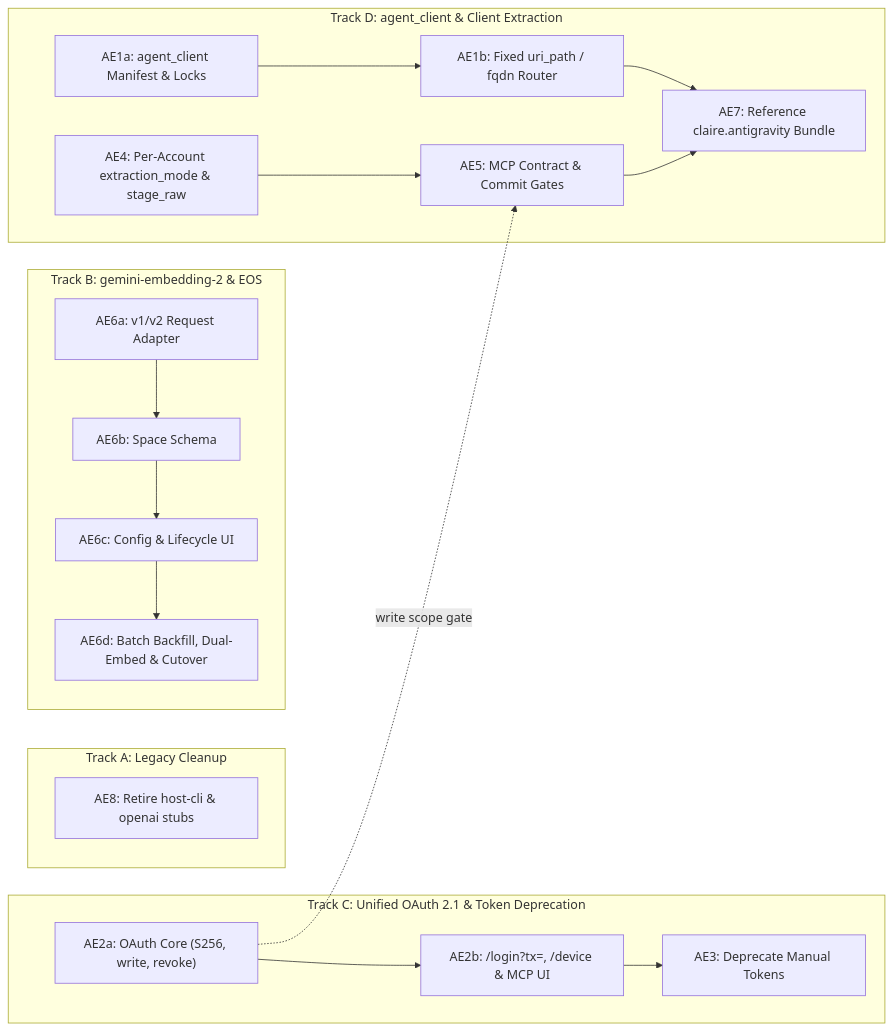
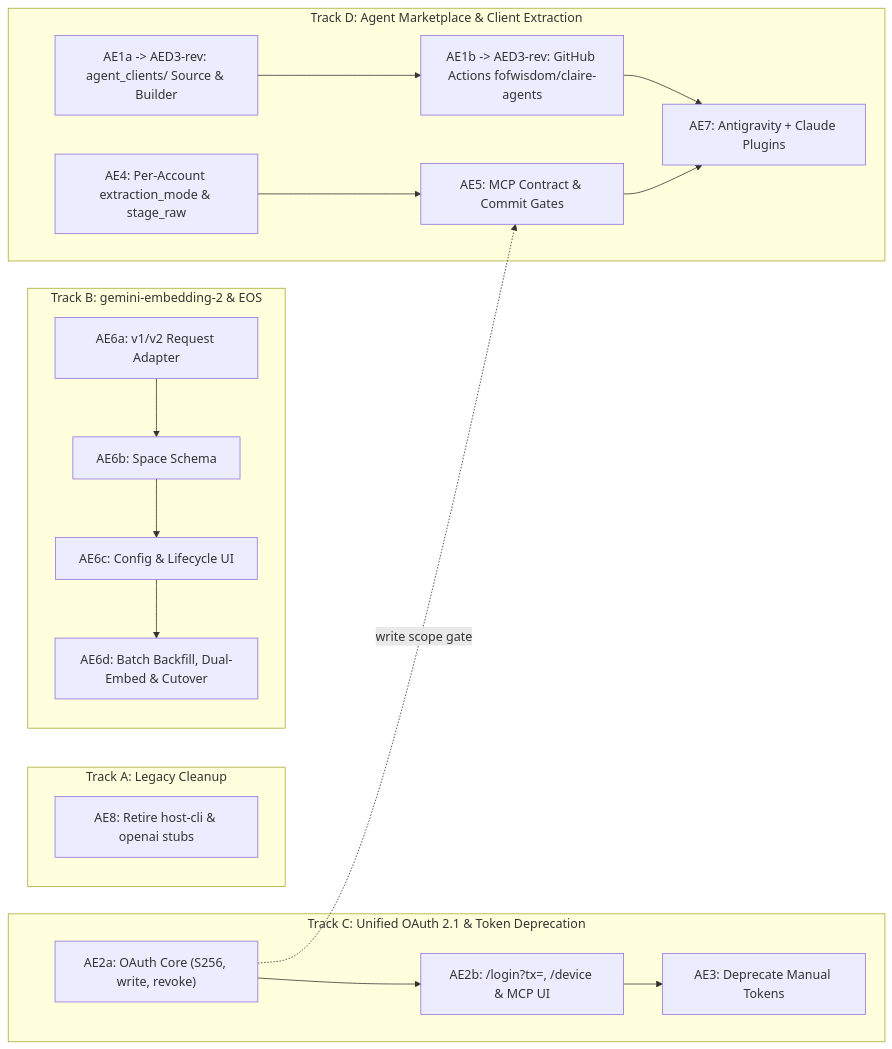
One commit to fofwisdom/claire-bible changed the diagram in docs/design/AGENT_DRIVEN_EXTRACTION_AND_EMBEDDING_DESIGN.md. Above: the diagram before and after it, drawn with Mermaid. The commit also changed other lines of this file and 55 other files, not shown here.

First line of the commit message:
refactor(agents): move agent marketplace to GitHub Actions sync

````diff
--- a/docs/design/AGENT_DRIVEN_EXTRACTION_AND_EMBEDDING_DESIGN.md
+++ b/docs/design/AGENT_DRIVEN_EXTRACTION_AND_EMBEDDING_DESIGN.md
@@ -390,23 +365,23 @@
 ```mermaid
 flowchart LR
     subgraph TA["Track A: Legacy Cleanup"]
         AE8["AE8: Retire host-cli & openai stubs"]
     end
 
     subgraph TB["Track B: gemini-embedding-2 & EOS"]
         AE6a["AE6a: v1/v2 Request Adapter"] --> AE6b["AE6b: Space Schema"] --> AE6c["AE6c: Config & Lifecycle UI"] --> AE6d["AE6d: Batch Backfill, Dual-Embed & Cutover"]
     end
 
     subgraph TC["Track C: Unified OAuth 2.1 & Token Deprecation"]
         AE2a["AE2a: OAuth Core (S256, write, revoke)"] --> AE2b["AE2b: /login?tx=, /device & MCP UI"] --> AE3["AE3: Deprecate Manual Tokens"]
     end
 
-    subgraph TD["Track D: agent_client & Client Extraction"]
-        AE1a["AE1a: agent_client Manifest & Locks"] --> AE1b["AE1b: Fixed uri_path / fqdn Router"]
+    subgraph TD["Track D: Agent Marketplace & Client Extraction"]
+        AE1a["AE1a -> AED3-rev: agent_clients/ Source & Builder"] --> AE1b["AE1b -> AED3-rev: GitHub Actions fofwisdom/claire-agents"]
         AE4["AE4: Per-Account extraction_mode & stage_raw"] --> AE5["AE5: MCP Contract & Commit Gates"]
-        AE1b --> AE7["AE7: Reference claire.antigravity Bundle"]
+        AE1b --> AE7["AE7: Antigravity + Claude Plugins"]
         AE5 --> AE7
     end
 
     AE2a -.->|"write scope gate"| AE5
 ```
````
